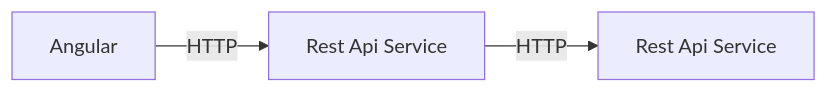
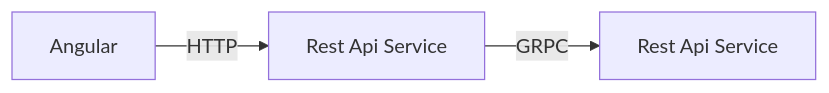
Before and after one commit to jonathanlareau/ms-app-grpc-python: the diagram in README.md, drawn with Mermaid. The commit also changed other lines of this file and 58 other files, not shown here.

````diff
--- a/README.md
+++ b/README.md
@@ -4,5 +4,5 @@
 ```mermaid
 graph LR
 A[Angular] -- HTTP --> B[Rest Api Service] 
-B -- HTTP--> C[Rest Api Service]
+B -- GRPC--> C[Rest Api Service]
 ```
````
